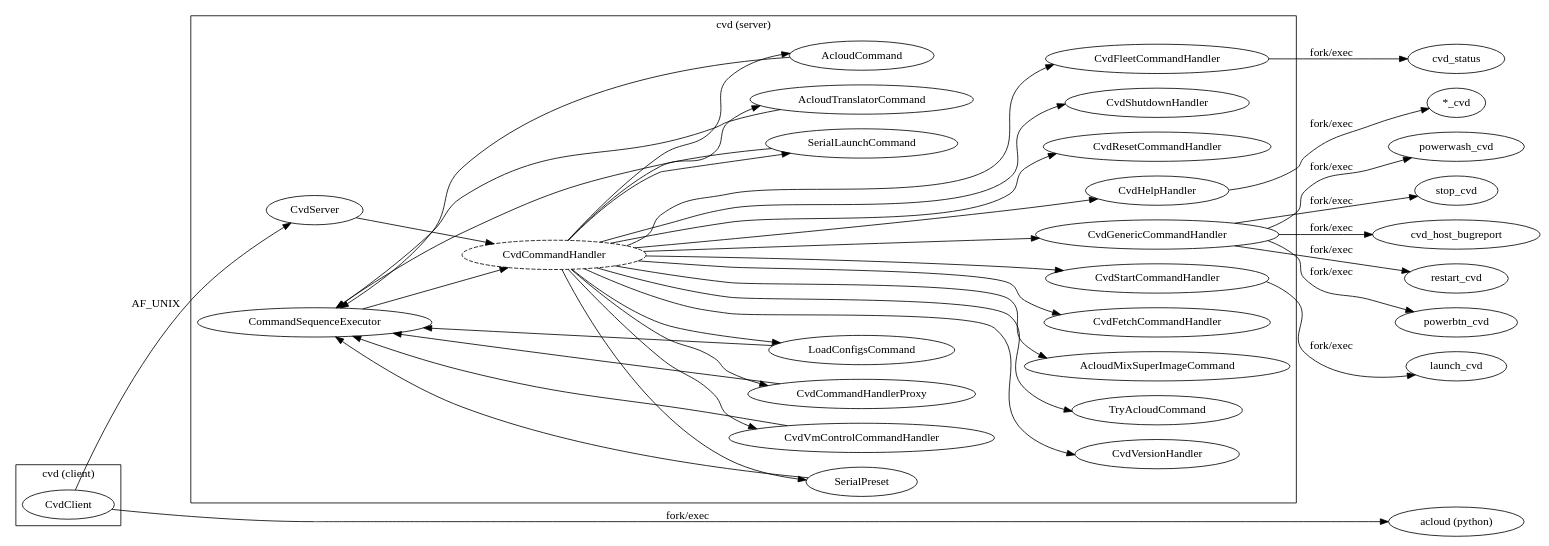
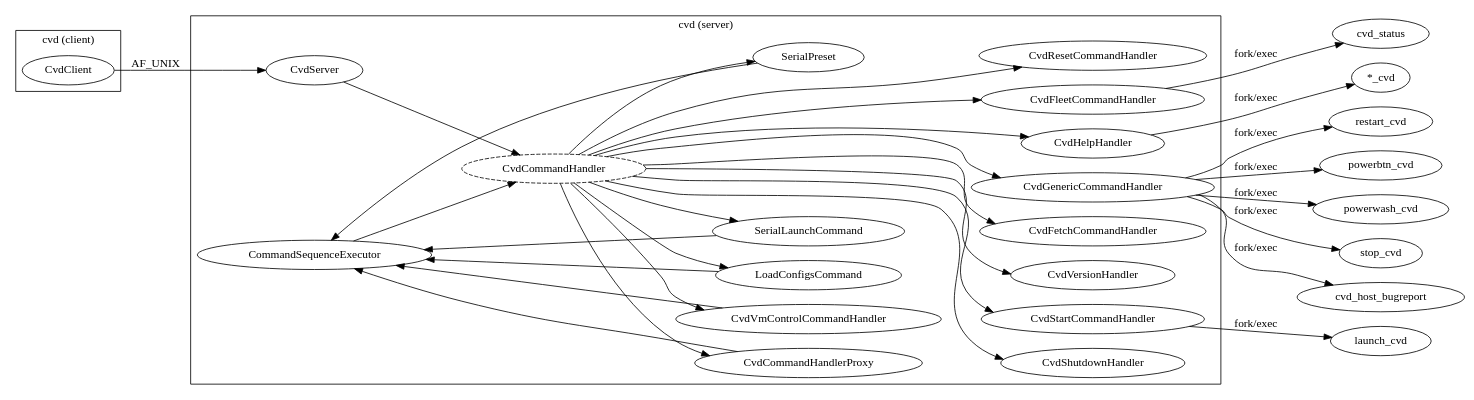
The diagram in base/cvd/cuttlefish/host/commands/cvd/doc/all_handlers.dot (google/android-cuttlefish), drawn with Graphviz before and after one commit. The commit also changed 42 other files, not shown here.

```diff
--- a/base/cvd/cuttlefish/host/commands/cvd/doc/all_handlers.dot
+++ b/base/cvd/cuttlefish/host/commands/cvd/doc/all_handlers.dot
@@ -1,94 +1,82 @@
 digraph {
   rankdir = "LR"
 
   subgraph cluster_cvd_client {
     label = "cvd (client)"
     CvdClient
   }
   subgraph cluster_cvd_server {
     label = "cvd (server)"
     CvdServer
     CvdCommandHandler [style = "dashed"]
     CommandSequenceExecutor
 
     subgraph first_order_handlers {
       rank = same;
 
-      AcloudMixSuperImageCommand
       CvdFetchCommandHandler
       CvdFleetCommandHandler
       CvdHelpHandler
       CvdGenericCommandHandler
       CvdResetCommandHandler
       CvdShutdownHandler
       CvdStartCommandHandler
       CvdVersionHandler
-      TryAcloudCommand
     }
     subgraph second_order_handlers {
       rank = same;
 
-      AcloudCommand
-      AcloudTranslatorCommand
       CvdCommandHandlerProxy
       CvdVmControlCommandHandler
       LoadConfigsCommand
       SerialLaunchCommand
       SerialPreset
     }
   }
   subgraph device_executables {
     rank = same;
 
     launch_cvd
     restart_cvd
     powerbtn_cvd
     powerwash_cvd
     all_cvd [label = "*_cvd"]
     cvd_status
     stop_cvd
     cvd_host_bugreport
-    acloud [label = "acloud (python)"]
   }
 
   CvdClient -> CvdServer [label = "AF_UNIX"]
-  CvdClient -> acloud [label = "fork/exec"]
   CvdServer -> CvdCommandHandler
 
-  CvdCommandHandler -> TryAcloudCommand
-  CvdCommandHandler -> AcloudTranslatorCommand
-  CvdCommandHandler -> AcloudCommand
-  CvdCommandHandler -> AcloudMixSuperImageCommand
   CvdCommandHandler -> CvdVmControlCommandHandler
   CvdCommandHandler -> CvdFetchCommandHandler
   CvdCommandHandler -> CvdFleetCommandHandler
   CvdCommandHandler -> CvdGenericCommandHandler [minlen = 2]
   CvdCommandHandler -> CvdCommandHandlerProxy
   CvdCommandHandler -> CvdHelpHandler
   CvdCommandHandler -> LoadConfigsCommand
   CvdCommandHandler -> CvdResetCommandHandler
   CvdCommandHandler -> SerialLaunchCommand
   CvdCommandHandler -> SerialPreset
   CvdCommandHandler -> CvdShutdownHandler
   CvdCommandHandler -> CvdStartCommandHandler
   CvdCommandHandler -> CvdVersionHandler
 
-  CommandSequenceExecutor -> AcloudTranslatorCommand [dir = "back"]
-  CommandSequenceExecutor -> AcloudCommand [dir = "back"]
   CommandSequenceExecutor -> CvdCommandHandlerProxy [dir = "back"]
   CommandSequenceExecutor -> LoadConfigsCommand [dir = "back"]
   CommandSequenceExecutor -> SerialPreset [dir = "back"]
   CommandSequenceExecutor -> SerialLaunchCommand [dir = "back"]
   CommandSequenceExecutor -> CvdVmControlCommandHandler [dir = "back"]
 
   CommandSequenceExecutor -> CvdCommandHandler
 
   CvdStartCommandHandler -> launch_cvd [label = "fork/exec"]
   CvdGenericCommandHandler -> restart_cvd [label = "fork/exec"]
   CvdGenericCommandHandler -> powerbtn_cvd [label = "fork/exec"]
   CvdGenericCommandHandler -> powerwash_cvd [label = "fork/exec"]
   CvdHelpHandler -> all_cvd [label = "fork/exec"]
   CvdFleetCommandHandler -> cvd_status [label = "fork/exec"]
   CvdGenericCommandHandler -> stop_cvd [label = "fork/exec"]
   CvdGenericCommandHandler -> cvd_host_bugreport [label = "fork/exec"]
 }
```
